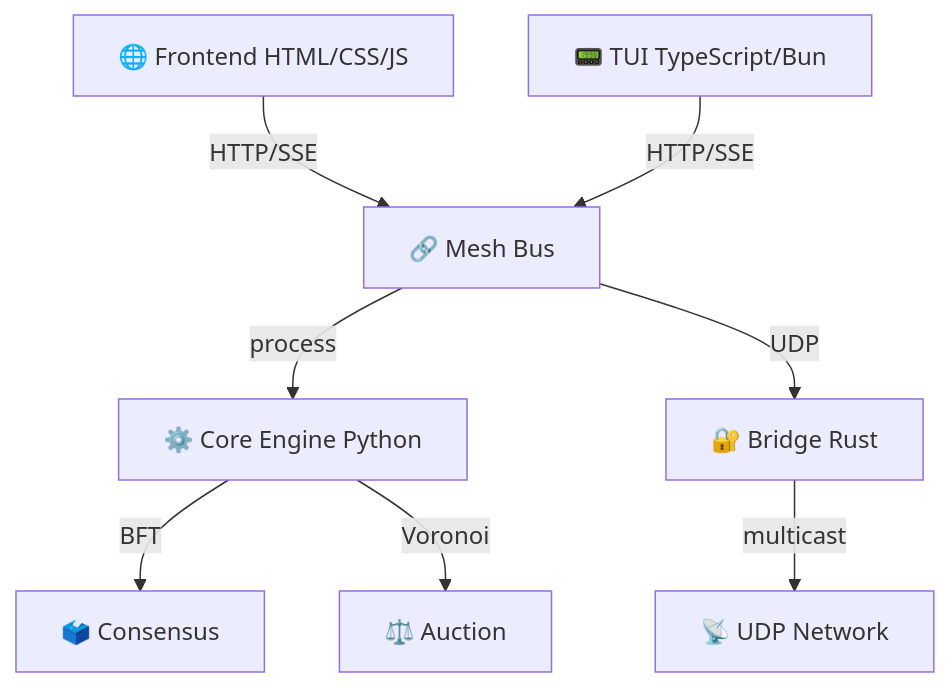
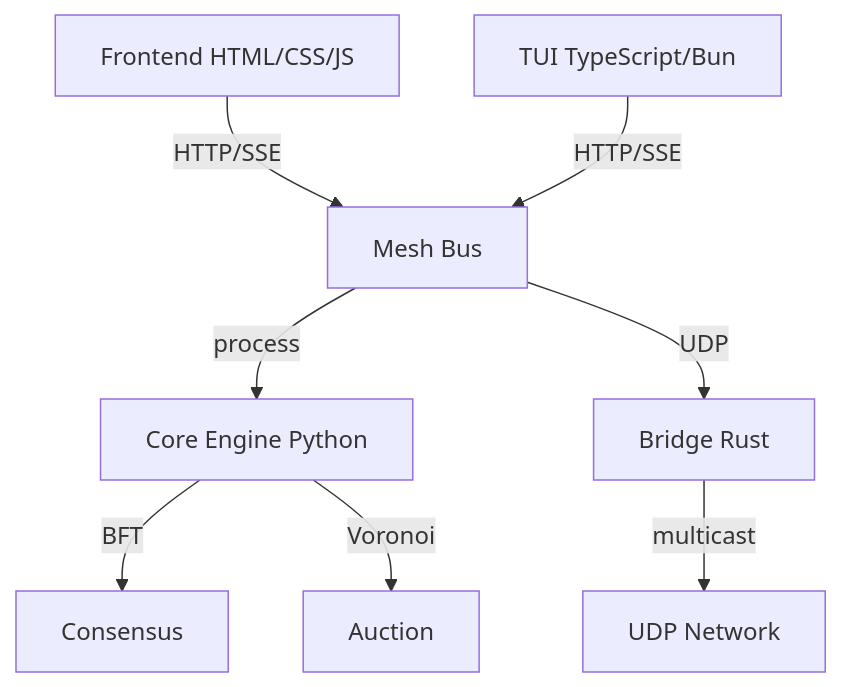
One commit to symulacr/entropyhunt changed the diagram in README.md. Above: the diagram before and after it, drawn with Mermaid. The commit also changed other lines of this file and 3 other files, not shown here.

````diff
--- a/README.md
+++ b/README.md
@@ -38,10 +31,10 @@
 ```mermaid
 flowchart TD
-    Frontend["🌐 Frontend HTML/CSS/JS"] -->|HTTP/SSE| Mesh["🔗 Mesh Bus"]
-    TUI["📟 TUI TypeScript/Bun"] -->|HTTP/SSE| Mesh
-    Mesh -->|process| Core["⚙️ Core Engine Python"]
-    Core -->|BFT| Consensus["🗳️ Consensus"]
-    Core -->|Voronoi| Auction["⚖️ Auction"]
-    Mesh -->|UDP| Bridge["🔐 Bridge Rust"]
-    Bridge -->|multicast| Network["📡 UDP Network"]
+    Frontend["Frontend HTML/CSS/JS"] -->|HTTP/SSE| Mesh["Mesh Bus"]
+    TUI["TUI TypeScript/Bun"] -->|HTTP/SSE| Mesh
+    Mesh -->|process| Core["Core Engine Python"]
+    Core -->|BFT| Consensus["Consensus"]
+    Core -->|Voronoi| Auction["Auction"]
+    Mesh -->|UDP| Bridge["Bridge Rust"]
+    Bridge -->|multicast| Network["UDP Network"]
 ```
````
